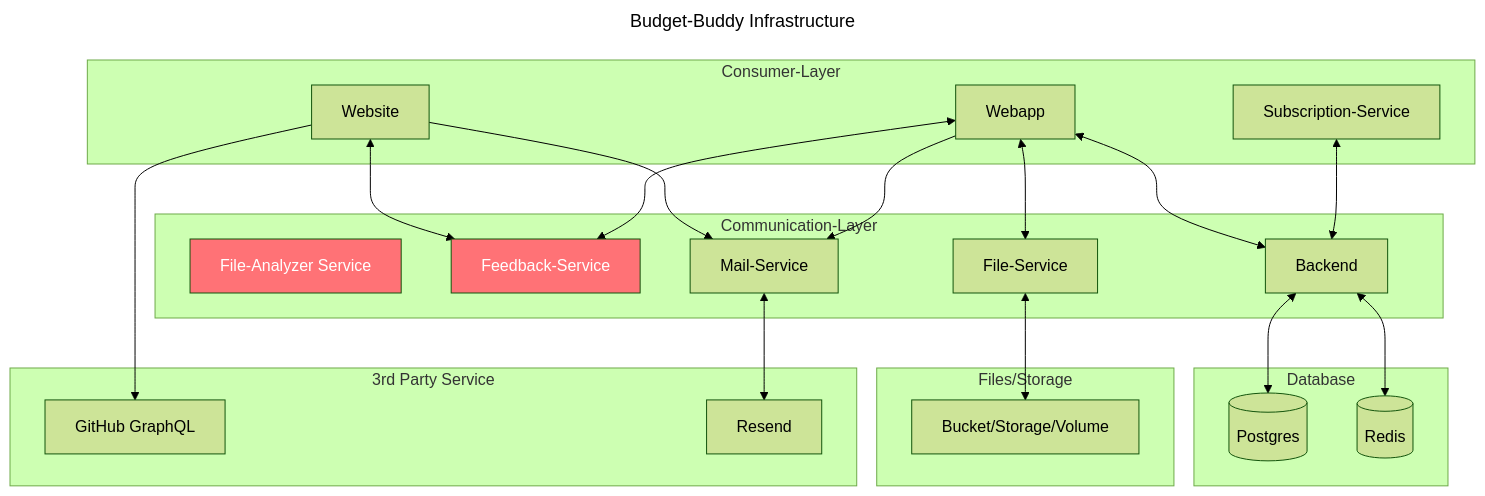
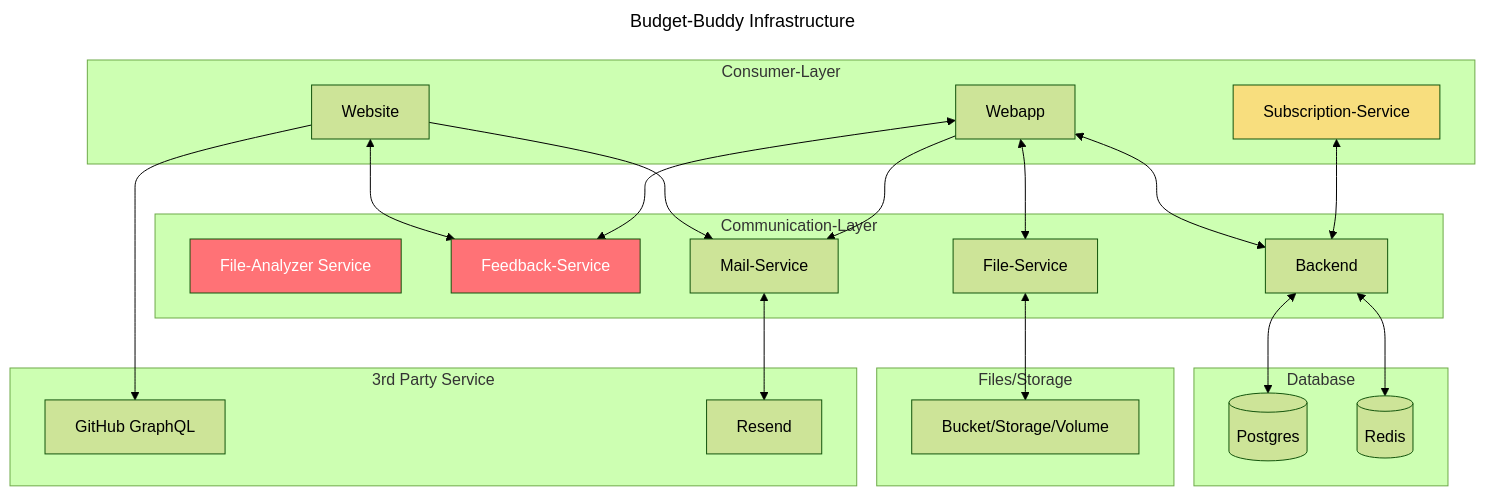
One commit to BudgetBuddyDE/setup changed the diagram in README.md. Above: the diagram before and after it, drawn with Mermaid (forest theme). The commit also changed other lines of this file and 9 other files, not shown here.

````diff
--- a/README.md
+++ b/README.md
@@ -24,66 +137,68 @@
 ```mermaid
 ---
 title: Budget-Buddy Infrastructure
 ---
 flowchart TD
 
 style file-analyzer-service fill:#FF7276;
 style file-analyzer-service color:#fff;
 style feedback-service fill:#FF7276;
 style feedback-service color:#fff;
+style subscription-service fill:#f8de7e;
+style subscription-service color:#000;
 
 webapp[Webapp]
 website[Website]
 subscription-service[Subscription-Service]
 mail-service[Mail-Service]
 feedback-service[Feedback-Service]
 file-service[File-Service]
 file-analyzer-service[File-Analyzer Service]
 backend[Backend]
 gh-api[GitHub GraphQL]
 resend[Resend]
 postgres[(Postgres)]
 redis[(Redis)]
 storage[Bucket/Storage/Volume]
 
 click website href "https://github.com/BudgetBuddyDE/Website"
 click webapp href "https://github.com/BudgetBuddyDE/Webapp"
 click subscription-service href "https://github.com/BudgetBuddyDE/Subscription-Service"
 click mail-service href "https://github.com/BudgetBuddyDE/Mail-Service"
 click file-service href "https://github.com/BudgetBuddyDE/File-Service"
 click backend href "https://github.com/BudgetBuddyDE/Backend"
 
 subgraph "Database"
   postgres
   redis
 end
 
 subgraph "Files/Storage"
   storage
 end
 
 subgraph "3rd Party Service"
   gh-api
   resend
 end
 
 subgraph "Communication-Layer"
   backend<-->postgres
   backend<-->redis
   feedback-service
   mail-service<-->resend
   file-analyzer-service
   file-service<-->storage
 end
 
 subgraph "Consumer-Layer"
   website<-->feedback-service
   website-->gh-api
   website-->mail-service
   webapp<-->feedback-service
   webapp-->mail-service
   webapp<-->backend
   webapp<-->file-service
   subscription-service<-->backend
 end
 ```
````
